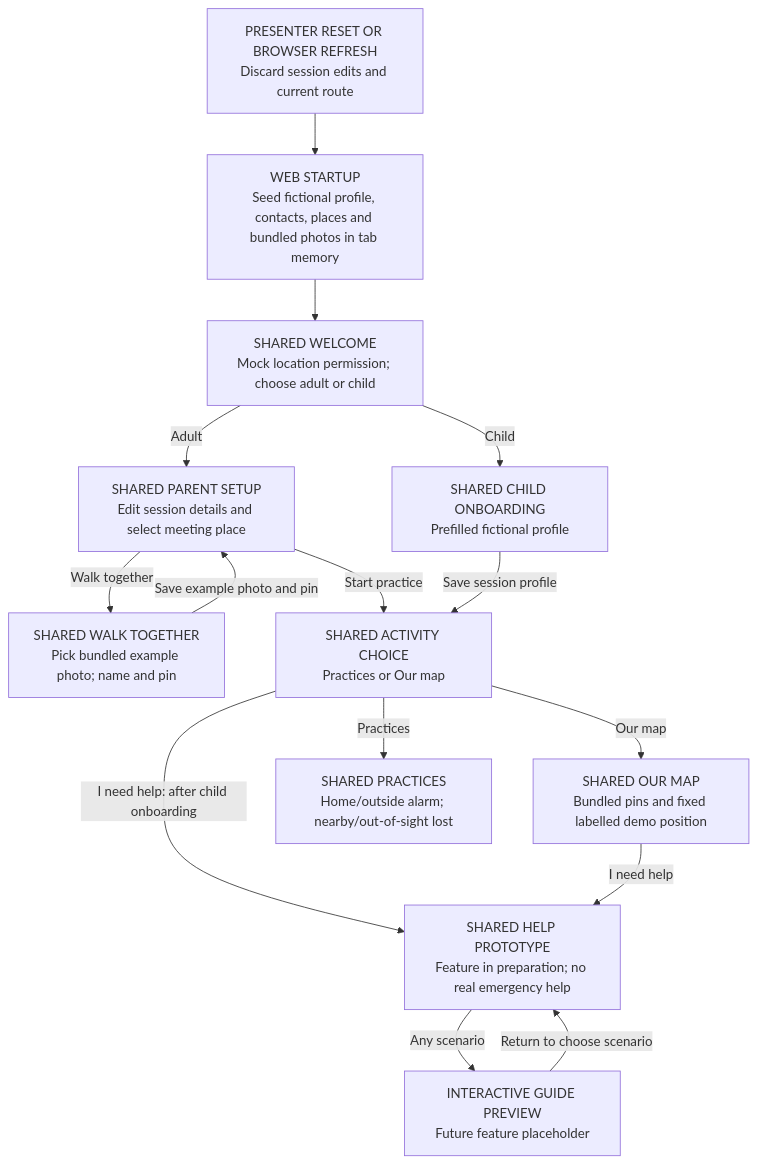
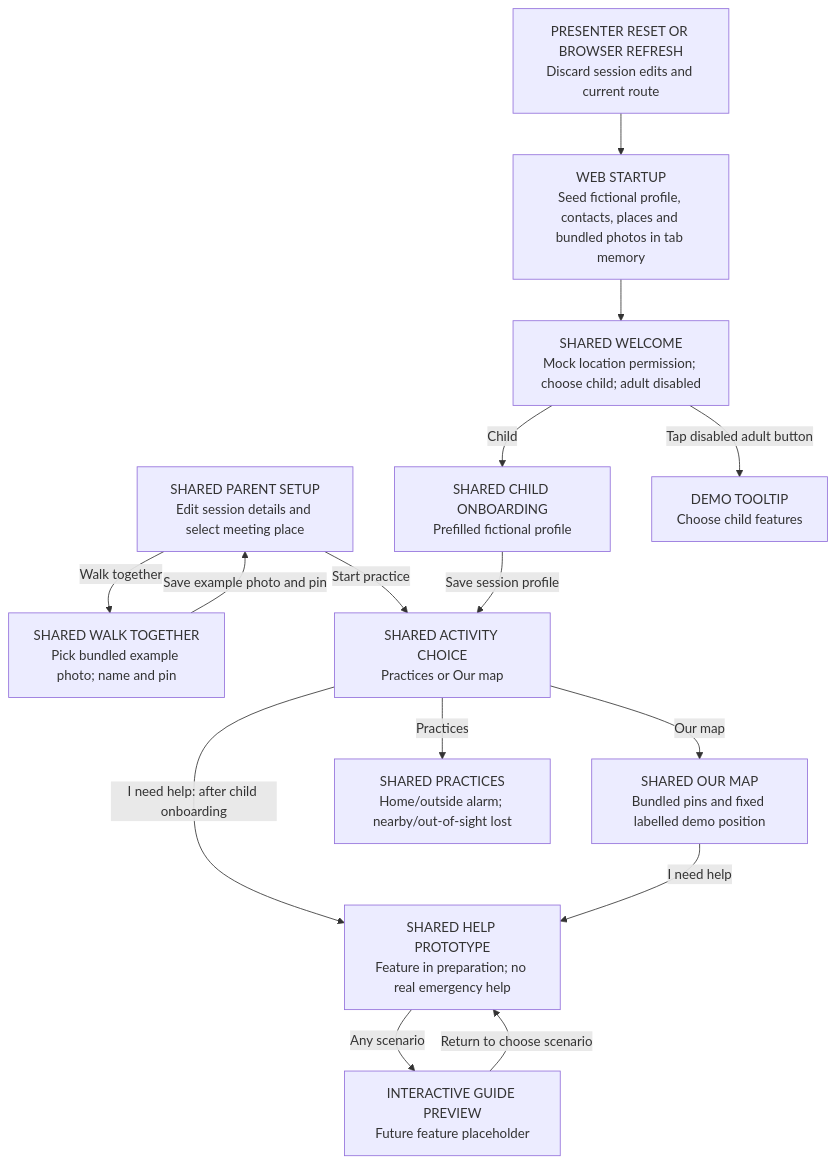
One commit to Mighty683/hackyeah changed the second of 3 diagrams in docs/SCREEN_FLOW.md. Above: the diagram before and after it, drawn with Mermaid. The commit also changed other lines of this file and 17 other files, not shown here.

````diff
--- a/docs/SCREEN_FLOW.md
+++ b/docs/SCREEN_FLOW.md
@@ -437,28 +438,28 @@
 ```mermaid
 flowchart TD
     WS["WEB STARTUP<br/>Seed fictional profile, contacts, places and bundled photos in tab memory"]
-    WW["SHARED WELCOME<br/>Mock location permission; choose adult or child"]
+    WW["SHARED WELCOME<br/>Mock location permission; choose child; adult disabled"]
     WP["SHARED PARENT SETUP<br/>Edit session details and select meeting place"]
     WL["SHARED WALK TOGETHER<br/>Pick bundled example photo; name and pin"]
     WC["SHARED CHILD ONBOARDING<br/>Prefilled fictional profile"]
     WA["SHARED ACTIVITY CHOICE<br/>Practices or Our map"]
     WM["SHARED OUR MAP<br/>Bundled pins and fixed labelled demo position"]
     WT["SHARED PRACTICES<br/>Home/outside alarm; nearby/out-of-sight lost"]
     WH["SHARED HELP PROTOTYPE<br/>Feature in preparation; no real emergency help"]
     WG["INTERACTIVE GUIDE PREVIEW<br/>Future feature placeholder"]
     WR["PRESENTER RESET OR BROWSER REFRESH<br/>Discard session edits and current route"]
     WS --> WW
-    WW -->|Adult| WP
+    WW -->|Tap disabled adult button| WD["DEMO TOOLTIP<br/>Choose child features"]
     WP -->|Walk together| WL
     WL -->|Save example photo and pin| WP
     WP -->|Start practice| WA
     WW -->|Child| WC
     WC -->|Save session profile| WA
     WA -->|Our map| WM
     WA -->|Practices| WT
     WA -->|I need help: after child onboarding| WH
     WM -->|I need help| WH
     WH -->|Any scenario| WG
     WG -->|Return to choose scenario| WH
     WR --> WS
 ```
````
